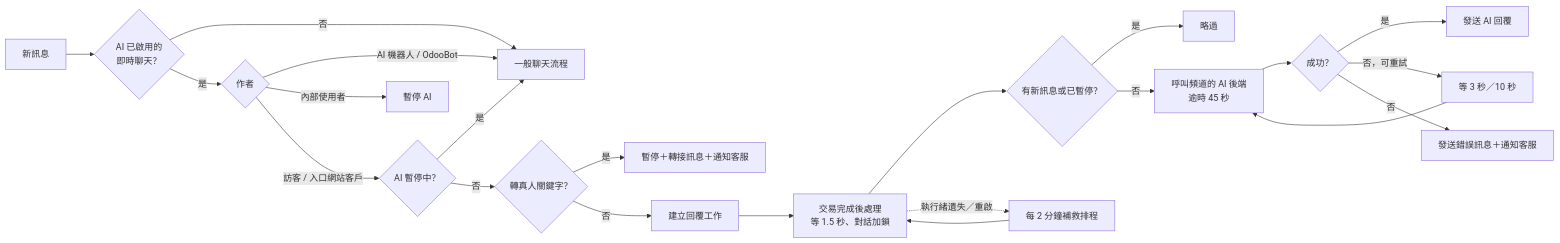
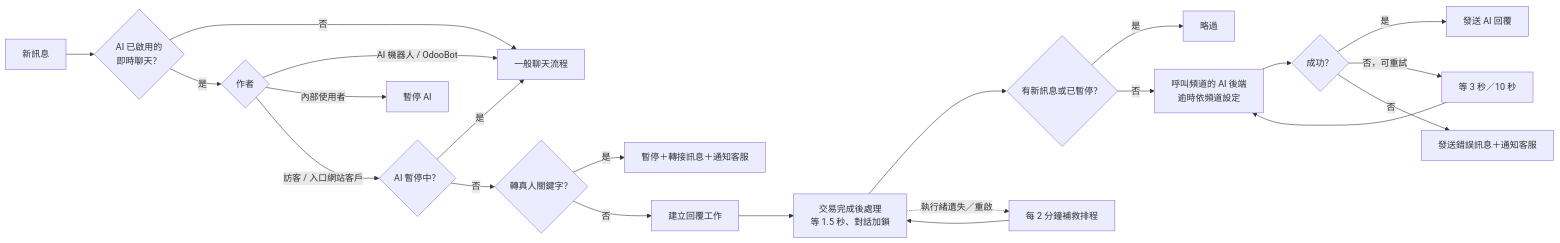
The second of 2 diagrams in README_zh-TW.md (WOOWTECH/Woow_odoo_ai_livechat), drawn with Mermaid before and after one commit. The commit also changed other lines of this file and 8 other files, not shown here.

````diff
--- a/README_zh-TW.md
+++ b/README_zh-TW.md
@@ -200,22 +200,22 @@
 ```mermaid
 flowchart LR
     A[新訊息] --> B{AI 已啟用的<br/>即時聊天？}
     B -->|否| E[一般聊天流程]
     B -->|是| C{作者}
     C -->|AI 機器人 / OdooBot| E
     C -->|內部使用者| P[暫停 AI]
     C -->|訪客 / 入口網站客戶| D{AI 暫停中？}
     D -->|是| E
     D -->|否| K{轉真人關鍵字？}
     K -->|是| H[暫停＋轉接訊息＋通知客服]
     K -->|否| F[建立回覆工作]
     F --> G[交易完成後處理<br/>等 1.5 秒、對話加鎖]
     G --> I{有新訊息或已暫停？}
     I -->|是| S[略過]
-    I -->|否| L[呼叫頻道的 AI 後端<br/>逾時 45 秒]
+    I -->|否| L[呼叫頻道的 AI 後端<br/>逾時依頻道設定]
     L --> M{成功？}
     M -->|是| R[發送 AI 回覆]
     M -->|否，可重試| W[等 3 秒／10 秒] --> L
     M -->|否| X[發送錯誤訊息＋通知客服]
     G -.執行緒遺失／重啟.-> Y[每 2 分鐘補救排程] --> G
 ```
````
